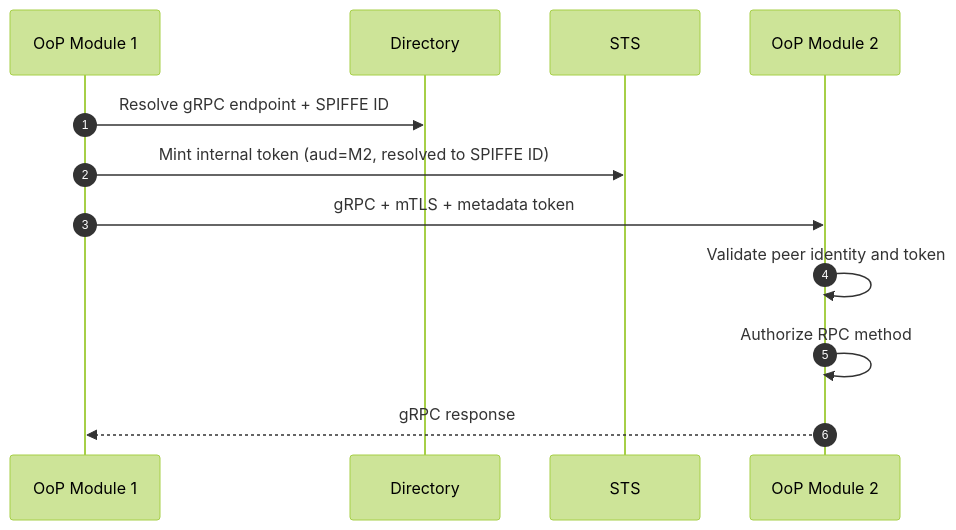
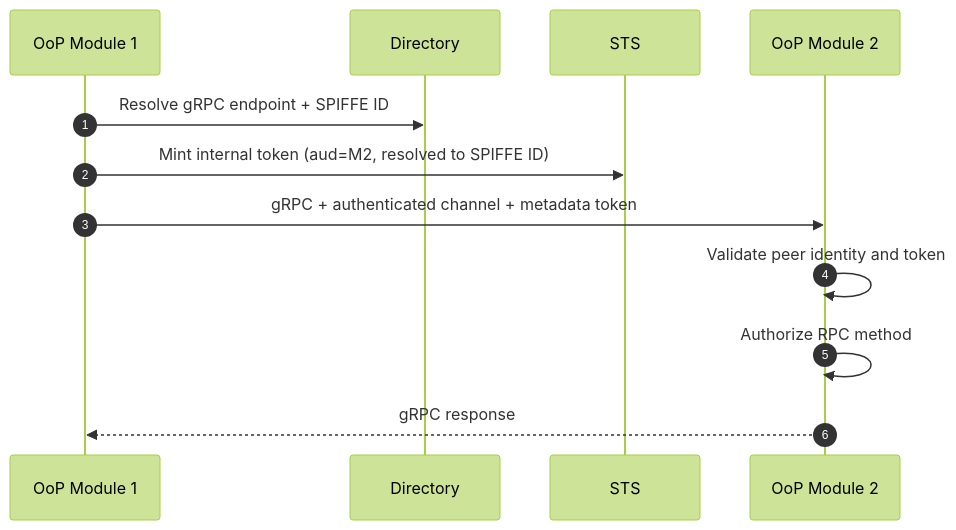
One commit to MikeFalcon77/modkit-zero-trust changed the sixth of 6 diagrams in modkit_zero_trust.MD. Above: the diagram before and after it, drawn with Mermaid (forest theme). The commit also changed other lines of this file and 1 other file, not shown here.

````diff
--- a/modkit_zero_trust.MD
+++ b/modkit_zero_trust.MD
@@ -1048,15 +1297,15 @@
 ```mermaid
 sequenceDiagram
   autonumber
   participant M1 as OoP Module 1
   participant DIR as Directory
   participant STS as STS
   participant M2 as OoP Module 2
 
   M1->>DIR: Resolve gRPC endpoint + SPIFFE ID
   M1->>STS: Mint internal token (aud=M2, resolved to SPIFFE ID)
-  M1->>M2: gRPC + mTLS + metadata token
+  M1->>M2: gRPC + authenticated channel + metadata token
   M2->>M2: Validate peer identity and token
   M2->>M2: Authorize RPC method
   M2-->>M1: gRPC response
 ```
````
